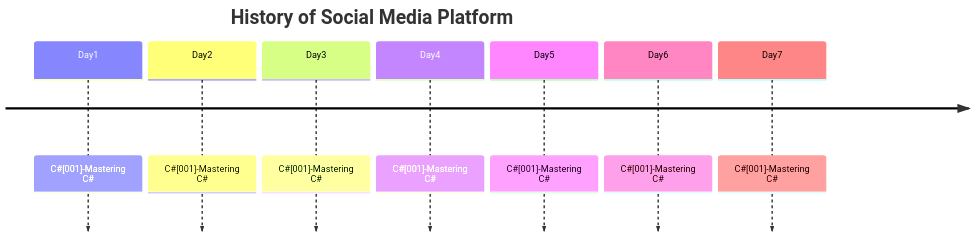
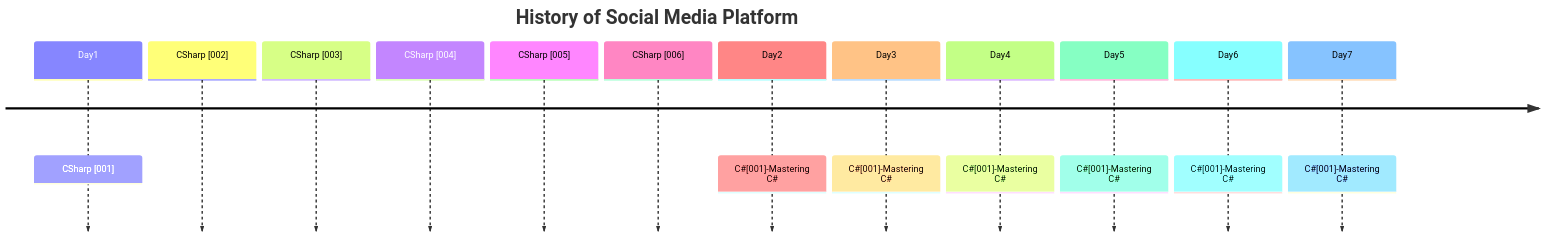
One commit to metigator/Roadmap changed the first of 3 diagrams in README.md. Above: the diagram before and after it, drawn with Mermaid.

````diff
--- a/README.md
+++ b/README.md
@@ -1,11 +1,16 @@
 ```mermaid
 timeline
     title History of Social Media Platform
-    Day1 : C#[001]-Mastering C# 
+    Day1 : CSharp [001]
+           CSharp [002]
+           CSharp [003]
+           CSharp [004]
+           CSharp [005]
+           CSharp [006]
     Day2 : C#[001]-Mastering C# 
     Day3 : C#[001]-Mastering C# 
     Day4 : C#[001]-Mastering C# 
     Day5 : C#[001]-Mastering C# 
     Day6 : C#[001]-Mastering C# 
     Day7 : C#[001]-Mastering C#
 ```
````
